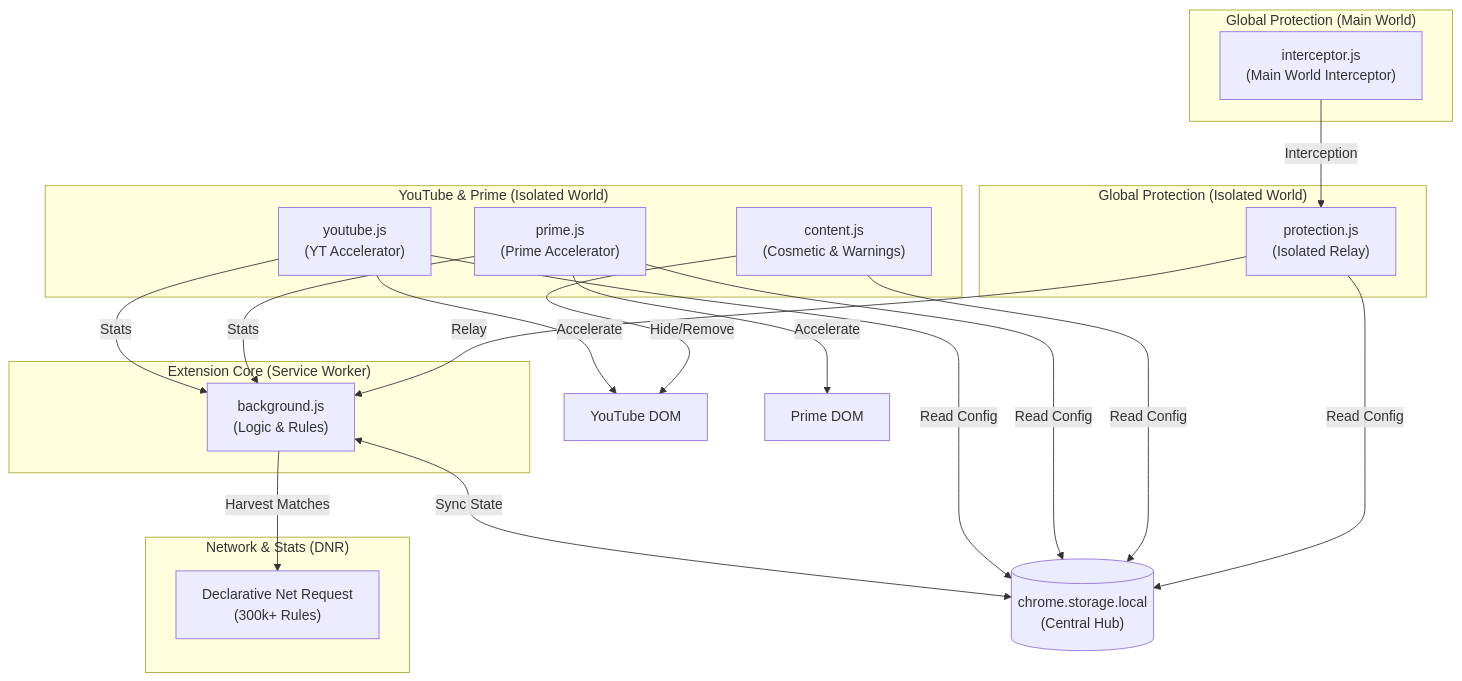
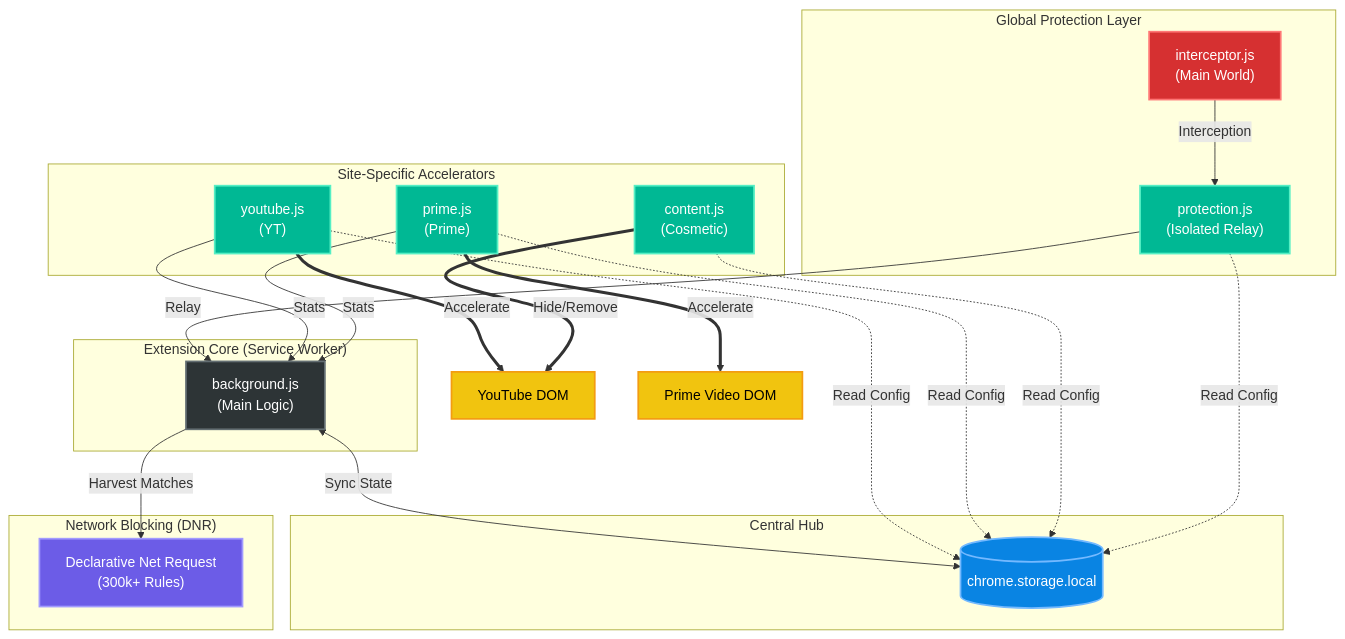
One commit to Dabrogost/Chroma-Ad-Blocker changed the diagram in README.md. Above: the diagram before and after it, drawn with Mermaid.

Commit message:
docs: Enhance architecture diagram in README with improved styling, clearer subgraph groupings, and explicit data flow arrows.

````diff
--- a/README.md
+++ b/README.md
@@ -25,45 +25,53 @@
 ```mermaid
 graph TD
-    subgraph "Extension Core (Service Worker)"
-        BS["background.js<br/>(Logic & Rules)"]
+    classDef sw fill:#2d3436,color:#fff,stroke:#636e72,stroke-width:2px
+    classDef storage fill:#0984e3,color:#fff,stroke:#74b9ff,stroke-width:2px
+    classDef isolated fill:#00b894,color:#fff,stroke:#55efc4,stroke-width:2px
+    classDef main fill:#d63031,color:#fff,stroke:#ff7675,stroke-width:2px
+    classDef dnr fill:#6c5ce7,color:#fff,stroke:#a29bfe,stroke-width:2px
+    classDef dom fill:#f1c40f,color:#000,stroke:#f39c12,stroke-width:2px
+
+    subgraph SW ["Extension Core (Service Worker)"]
+        BS["background.js<br/>(Main Logic)"]:::sw
     end
 
-    STORAGE[("chrome.storage.local<br/>(Central Hub)")]
-
-    subgraph "YouTube & Prime (Isolated World)"
-        CS_YT["youtube.js<br/>(YT Accelerator)"]
-        CS_PV["prime.js<br/>(Prime Accelerator)"]
-        CS_GEN["content.js<br/>(Cosmetic & Warnings)"]
+    subgraph ST ["Central Hub"]
+        STORAGE[("chrome.storage.local")]:::storage
     end
 
-    subgraph "Global Protection (Main World)"
-        MW_INT["interceptor.js<br/>(Main World Interceptor)"]
+    subgraph GR ["Global Protection Layer"]
+        MW_INT["interceptor.js<br/>(Main World)"]:::main
+        CS_PROT["protection.js<br/>(Isolated Relay)"]:::isolated
     end
 
-    subgraph "Global Protection (Isolated World)"
-        CS_PROT["protection.js<br/>(Isolated Relay)"]
+    subgraph SP ["Site-Specific Accelerators"]
+        CS_YT["youtube.js<br/>(YT)"]:::isolated
+        CS_PV["prime.js<br/>(Prime)"]:::isolated
+        CS_GEN["content.js<br/>(Cosmetic)"]:::isolated
     end
 
-    subgraph "Network & Stats (DNR)"
-        DNR["Declarative Net Request<br/>(300k+ Rules)"]
+    subgraph DN ["Network Blocking (DNR)"]
+        DNR["Declarative Net Request<br/>(300k+ Rules)"]:::dnr
     end
 
-    %% Storage & Central Hub
-    BS <-->|"Sync State"| STORAGE
-    CS_YT -- "Read Config" --> STORAGE
-    CS_PV -- "Read Config" --> STORAGE
-    CS_GEN -- "Read Config" --> STORAGE
-    CS_PROT -- "Read Config" --> STORAGE
-
-    %% Feedback & Stats
+    %% Logic Flow
+    MW_INT -- "Interception" --> CS_PROT
+    CS_PROT -- "Relay" --> BS
+    
     CS_YT -- "Stats" --> BS
     CS_PV -- "Stats" --> BS
-    CS_PROT -- "Relay" --> BS
-    MW_INT -- "Interception" --> CS_PROT
+    
+    BS <-->|"Sync State"| STORAGE
+    
+    CS_YT -.->|"Read Config"| STORAGE
+    CS_PV -.->|"Read Config"| STORAGE
+    CS_GEN -.->|"Read Config"| STORAGE
+    CS_PROT -.->|"Read Config"| STORAGE
+
     BS -- "Harvest Matches" --> DNR
-    
+
     %% Execution
-    CS_YT -- "Accelerate" --> DOM_YT["YouTube DOM"]
-    CS_PV -- "Accelerate" --> DOM_PV["Prime DOM"]
-    CS_GEN -- "Hide/Remove" --> DOM_YT
+    CS_YT ==>|"Accelerate"| DOM_YT["YouTube DOM"]:::dom
+    CS_PV ==>|"Accelerate"| DOM_PV["Prime Video DOM"]:::dom
+    CS_GEN ==>|"Hide/Remove"| DOM_YT
 ```
````
